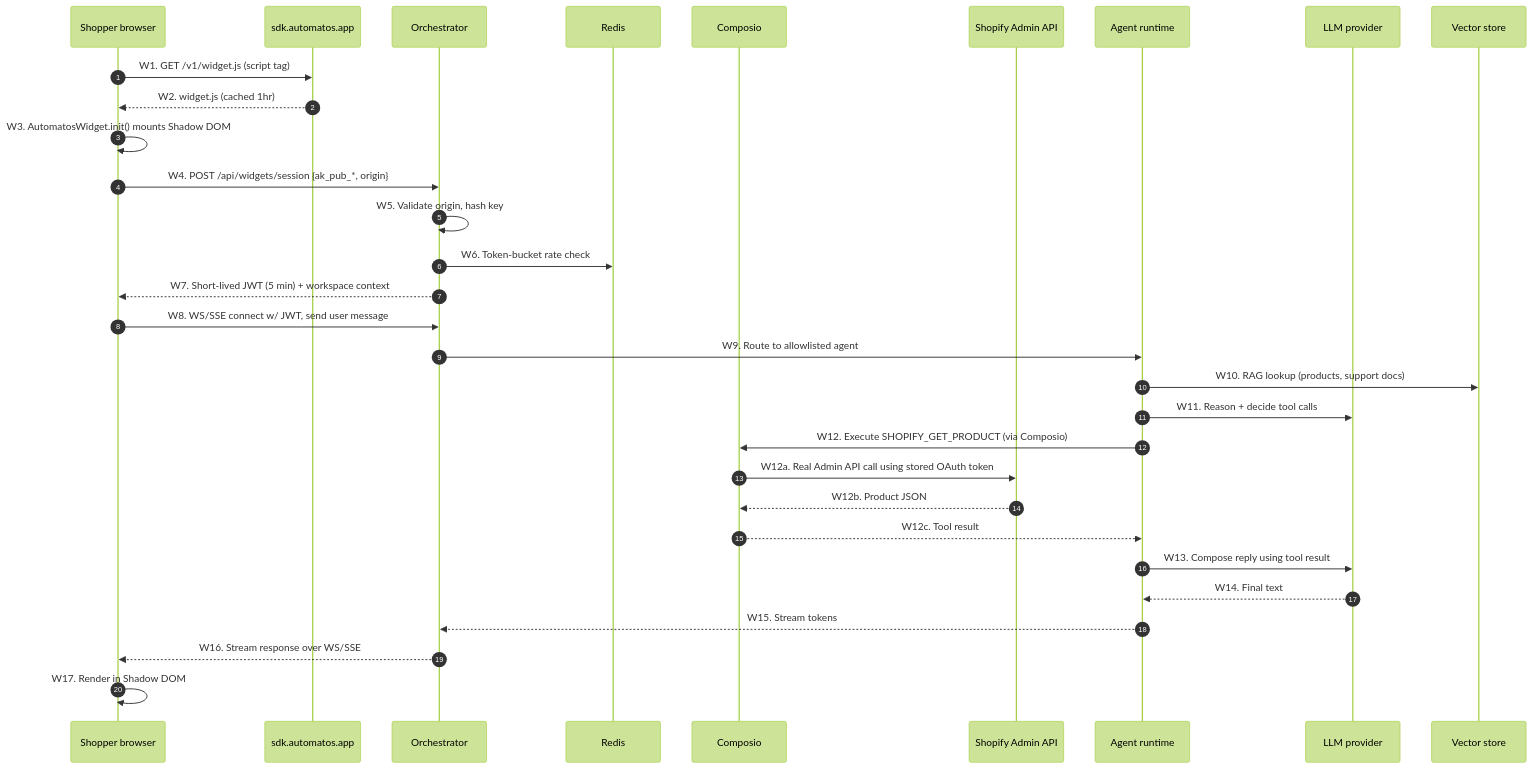
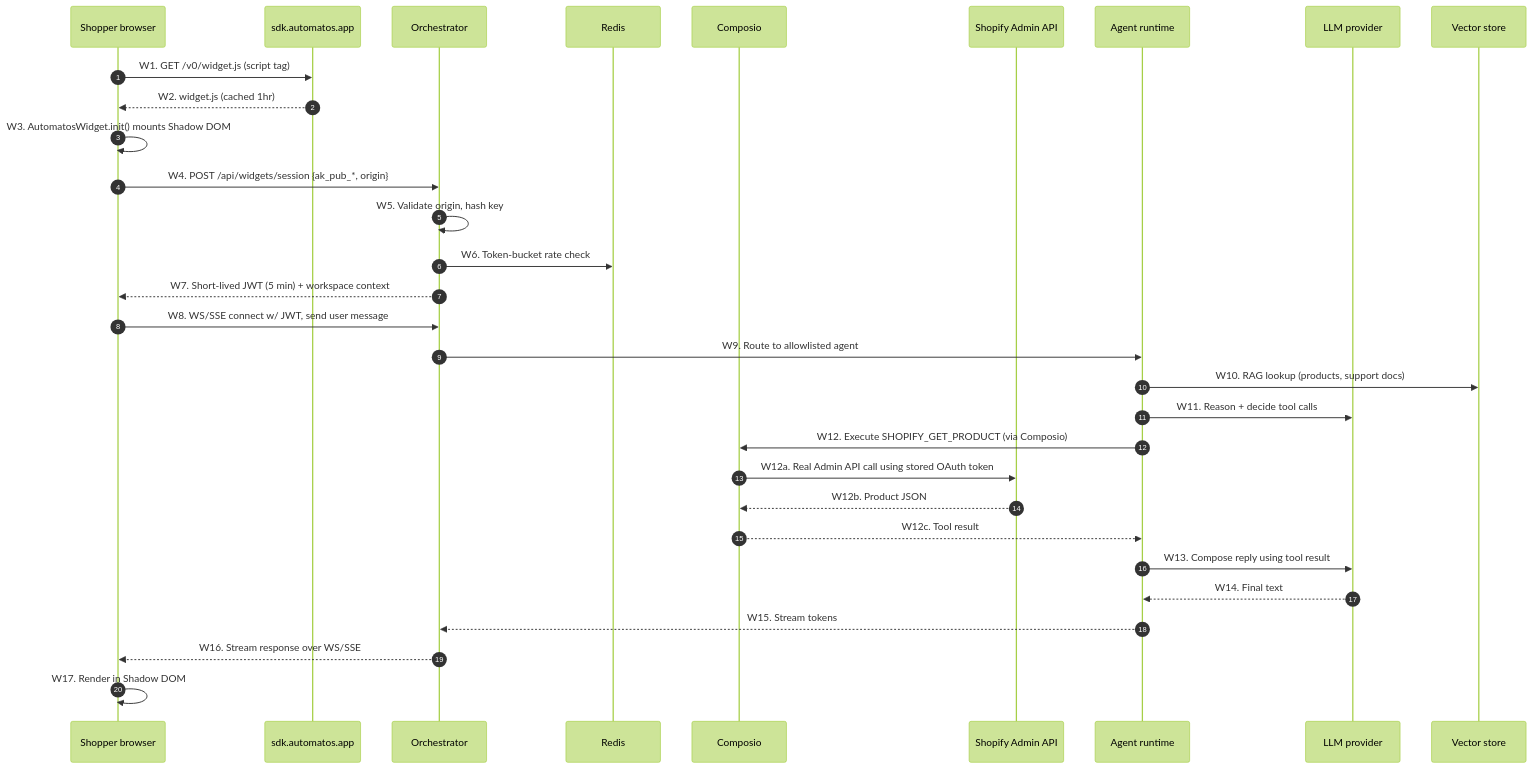
Before and after one commit to AutomatosAI/automatos-shopify: the third of 5 diagrams in docs/ARCHITECTURE.md, drawn with Mermaid (forest theme). The commit also changed other lines of this file and 4 other files, not shown here.

````diff
--- a/docs/ARCHITECTURE.md
+++ b/docs/ARCHITECTURE.md
@@ -129,34 +129,34 @@
 ```mermaid
 sequenceDiagram
   autonumber
   participant SH as Shopper browser
   participant CDN as sdk.automatos.app
   participant ORCH as Orchestrator
   participant REDIS as Redis
   participant COMP as Composio
   participant SA as Shopify Admin API
   participant AGT as Agent runtime
   participant LLM as LLM provider
   participant VEC as Vector store
 
-  SH->>CDN: W1. GET /v1/widget.js (script tag)
+  SH->>CDN: W1. GET /v0/widget.js (script tag)
   CDN-->>SH: W2. widget.js (cached 1hr)
   SH->>SH: W3. AutomatosWidget.init() mounts Shadow DOM
   SH->>ORCH: W4. POST /api/widgets/session {ak_pub_*, origin}
   ORCH->>ORCH: W5. Validate origin, hash key
   ORCH->>REDIS: W6. Token-bucket rate check
   ORCH-->>SH: W7. Short-lived JWT (5 min) + workspace context
   SH->>ORCH: W8. WS/SSE connect w/ JWT, send user message
   ORCH->>AGT: W9. Route to allowlisted agent
   AGT->>VEC: W10. RAG lookup (products, support docs)
   AGT->>LLM: W11. Reason + decide tool calls
   AGT->>COMP: W12. Execute SHOPIFY_GET_PRODUCT (via Composio)
   COMP->>SA: W12a. Real Admin API call using stored OAuth token
   SA-->>COMP: W12b. Product JSON
   COMP-->>AGT: W12c. Tool result
   AGT->>LLM: W13. Compose reply using tool result
   LLM-->>AGT: W14. Final text
   AGT-->>ORCH: W15. Stream tokens
   ORCH-->>SH: W16. Stream response over WS/SSE
   SH->>SH: W17. Render in Shadow DOM
 ```
````
